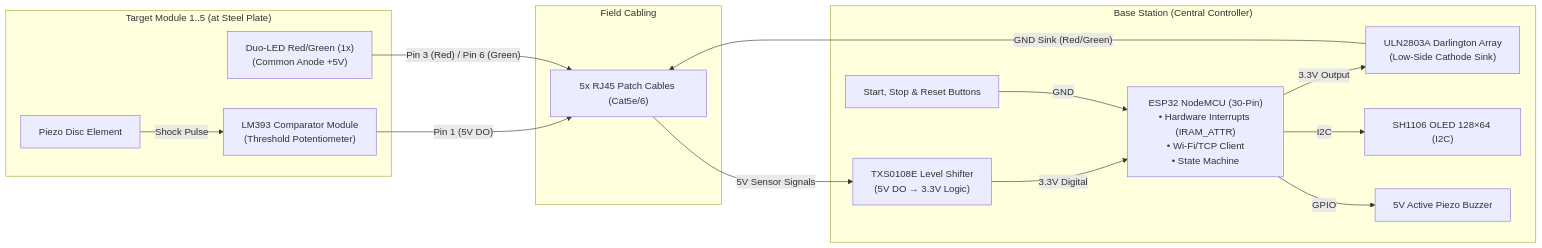
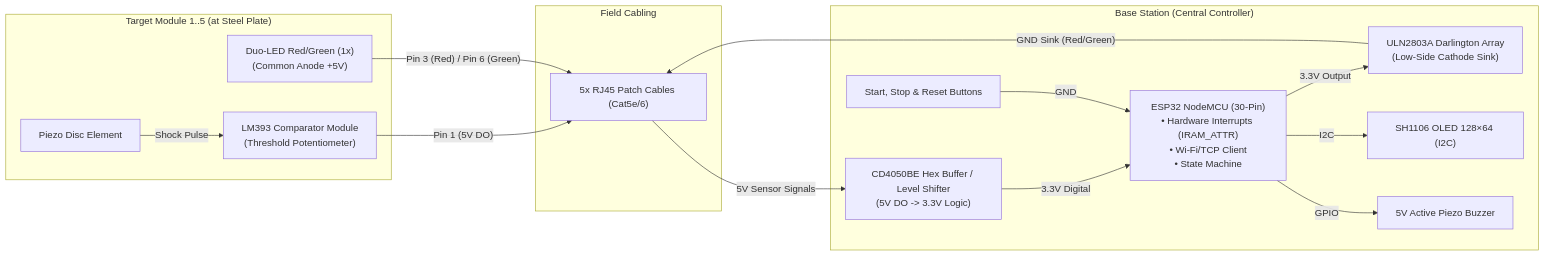
One commit to EasySteel-Project/EasySteel.ESP32 changed the diagram in docs/HARDWARE.md. Above: the diagram before and after it, drawn with Mermaid. The commit also changed other lines of this file and 1 other file, not shown here.

Commit message:
docs(hardware): replace TXS0108E with CD4050BE level shifter specification and BOM

````diff
--- a/docs/HARDWARE.md
+++ b/docs/HARDWARE.md
@@ -14,32 +14,32 @@
 ```mermaid
 graph LR
     subgraph TargetModule["Target Module 1..5 (at Steel Plate)"]
         PZ["Piezo Disc Element"]
         LM["LM393 Comparator Module<br/>(Threshold Potentiometer)"]
         DLED["Duo-LED Red/Green (1x)<br/>(Common Anode +5V)"]
         PZ -->|"Shock Pulse"| LM
     end
 
     subgraph Cabling["Field Cabling"]
         RJ["5x RJ45 Patch Cables (Cat5e/6)"]
     end
 
     subgraph BaseStation["Base Station (Central Controller)"]
-        LVL["TXS0108E Level Shifter<br/>(5V DO → 3.3V Logic)"]
+        LVL["CD4050BE Hex Buffer / Level Shifter<br/>(5V DO -> 3.3V Logic)"]
         ESP["ESP32 NodeMCU (30-Pin)<br/>• Hardware Interrupts (IRAM_ATTR)<br/>• Wi-Fi/TCP Client<br/>• State Machine"]
         ULN["ULN2803A Darlington Array<br/>(Low-Side Cathode Sink)"]
         DISP["SH1106 OLED 128×64 (I2C)"]
         BTN["Start, Stop & Reset Buttons"]
         BUZ["5V Active Piezo Buzzer"]
     end
 
     LM -->|"Pin 1 (5V DO)"| RJ
     DLED -->|"Pin 3 (Red) / Pin 6 (Green)"| RJ
     RJ -->|"5V Sensor Signals"| LVL
     LVL -->|"3.3V Digital"| ESP
     ESP -->|"3.3V Output"| ULN
     ULN -->|"GND Sink (Red/Green)"| RJ
     ESP -->|"I2C"| DISP
     BTN -->|"GND"| ESP
     ESP -->|"GPIO"| BUZ
 ```
````
